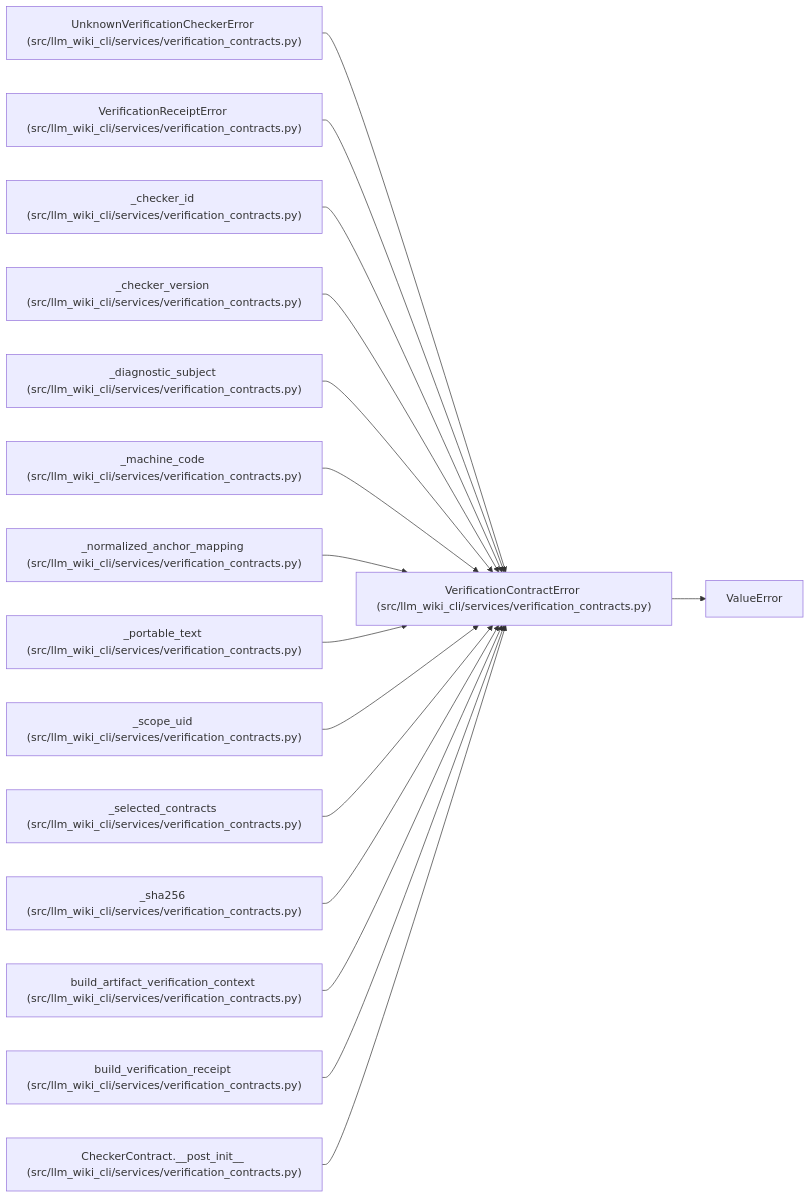
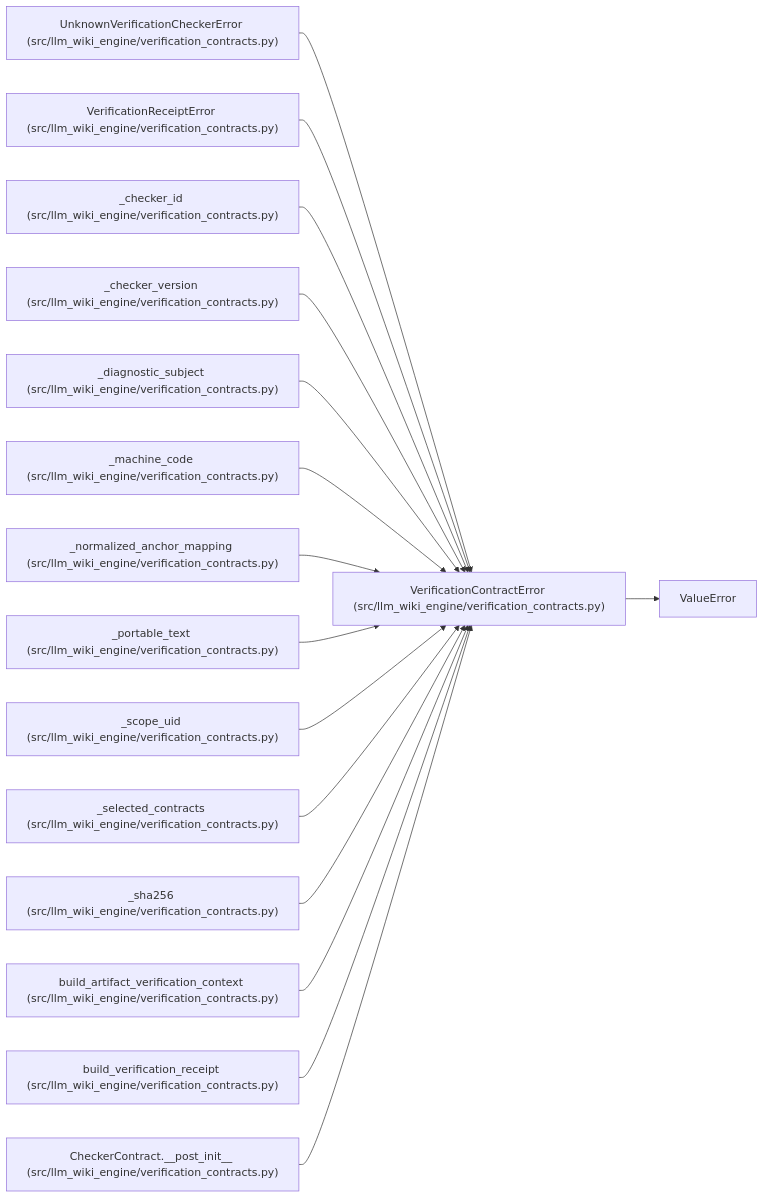
One commit to Denissvgn/python-wiki-llm changed the diagram in docs/llm_wiki/entities/VerificationContractError.md. Above: the diagram before and after it, drawn with Mermaid. The commit also changed other lines of this file and 1058 other files, not shown here.

````diff
--- a/docs/llm_wiki/entities/VerificationContractError.md
+++ b/docs/llm_wiki/entities/VerificationContractError.md
@@ -23,49 +23,49 @@
 ```mermaid
 flowchart LR
-    n0["VerificationContractError (src/llm_wiki_cli/services/verification_contracts.py)"]
+    n0["VerificationContractError (src/llm_wiki_engine/verification_contracts.py)"]
     n1["ValueError"]
-    n2["UnknownVerificationCheckerError (src/llm_wiki_cli/services/verification_contracts.py)"]
-    n3["VerificationReceiptError (src/llm_wiki_cli/services/verification_contracts.py)"]
-    n4["_checker_id (src/llm_wiki_cli/services/verification_contracts.py)"]
-    n5["_checker_version (src/llm_wiki_cli/services/verification_contracts.py)"]
-    n6["_diagnostic_subject (src/llm_wiki_cli/services/verification_contracts.py)"]
-    n7["_machine_code (src/llm_wiki_cli/services/verification_contracts.py)"]
-    n8["_normalized_anchor_mapping (src/llm_wiki_cli/services/verification_contracts.py)"]
-    n9["_portable_text (src/llm_wiki_cli/services/verification_contracts.py)"]
-    n10["_scope_uid (src/llm_wiki_cli/services/verification_contracts.py)"]
-    n11["_selected_contracts (src/llm_wiki_cli/services/verification_contracts.py)"]
-    n12["_sha256 (src/llm_wiki_cli/services/verification_contracts.py)"]
-    n13["build_artifact_verification_context (src/llm_wiki_cli/services/verification_contracts.py)"]
-    n14["build_verification_receipt (src/llm_wiki_cli/services/verification_contracts.py)"]
-    n15["CheckerContract.__post_init__ (src/llm_wiki_cli/services/verification_contracts.py)"]
+    n2["UnknownVerificationCheckerError (src/llm_wiki_engine/verification_contracts.py)"]
+    n3["VerificationReceiptError (src/llm_wiki_engine/verification_contracts.py)"]
+    n4["_checker_id (src/llm_wiki_engine/verification_contracts.py)"]
+    n5["_checker_version (src/llm_wiki_engine/verification_contracts.py)"]
+    n6["_diagnostic_subject (src/llm_wiki_engine/verification_contracts.py)"]
+    n7["_machine_code (src/llm_wiki_engine/verification_contracts.py)"]
+    n8["_normalized_anchor_mapping (src/llm_wiki_engine/verification_contracts.py)"]
+    n9["_portable_text (src/llm_wiki_engine/verification_contracts.py)"]
+    n10["_scope_uid (src/llm_wiki_engine/verification_contracts.py)"]
+    n11["_selected_contracts (src/llm_wiki_engine/verification_contracts.py)"]
+    n12["_sha256 (src/llm_wiki_engine/verification_contracts.py)"]
+    n13["build_artifact_verification_context (src/llm_wiki_engine/verification_contracts.py)"]
+    n14["build_verification_receipt (src/llm_wiki_engine/verification_contracts.py)"]
+    n15["CheckerContract.__post_init__ (src/llm_wiki_engine/verification_contracts.py)"]
     n0 --> n1
     n2 --> n0
     n3 --> n0
     n4 --> n0
     n5 --> n0
     n6 --> n0
     n7 --> n0
     n8 --> n0
     n9 --> n0
     n10 --> n0
     n11 --> n0
     n12 --> n0
     n13 --> n0
     n14 --> n0
     n15 --> n0
     click n0 "../modules/verification_contracts.md"
     click n2 "../modules/verification_contracts.md"
     click n3 "../modules/verification_contracts.md"
     click n4 "../modules/verification_contracts.md"
     click n5 "../modules/verification_contracts.md"
     click n6 "../modules/verification_contracts.md"
     click n7 "../modules/verification_contracts.md"
     click n8 "../modules/verification_contracts.md"
     click n9 "../modules/verification_contracts.md"
     click n10 "../modules/verification_contracts.md"
     click n11 "../modules/verification_contracts.md"
     click n12 "../modules/verification_contracts.md"
     click n13 "../modules/verification_contracts.md"
     click n14 "../modules/verification_contracts.md"
     click n15 "../modules/verification_contracts.md"
 ```
````
